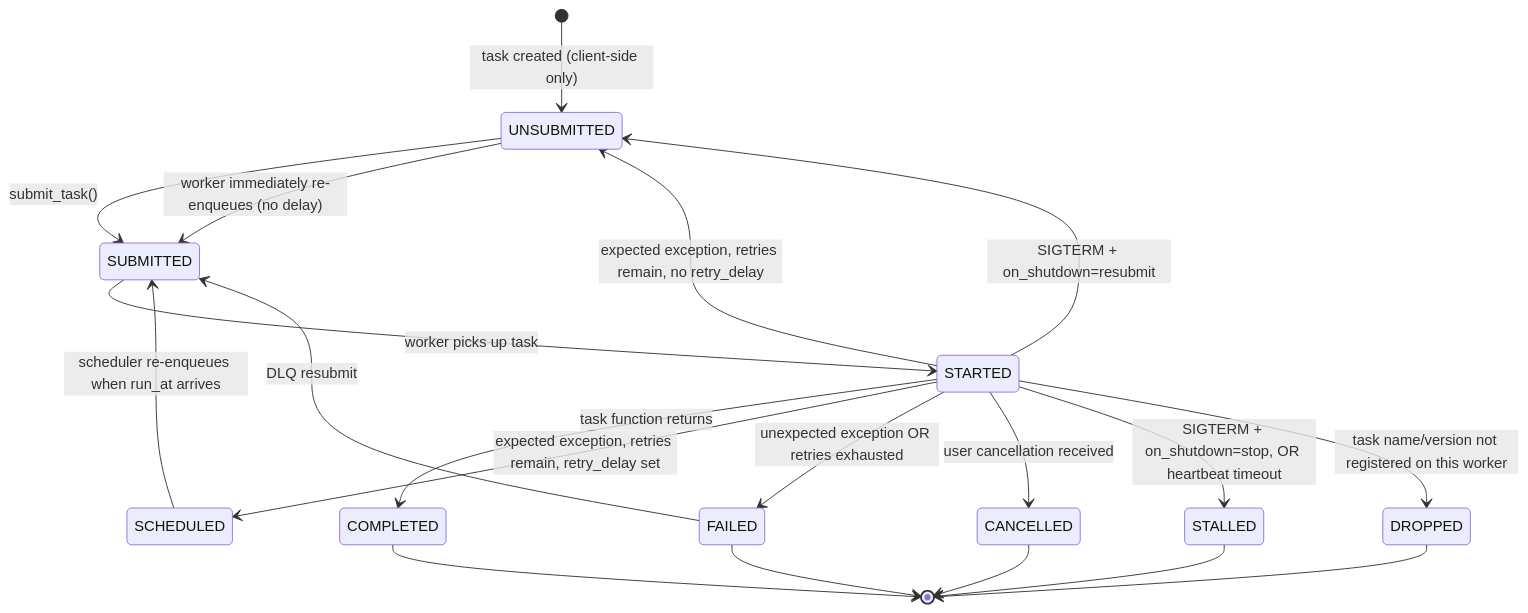
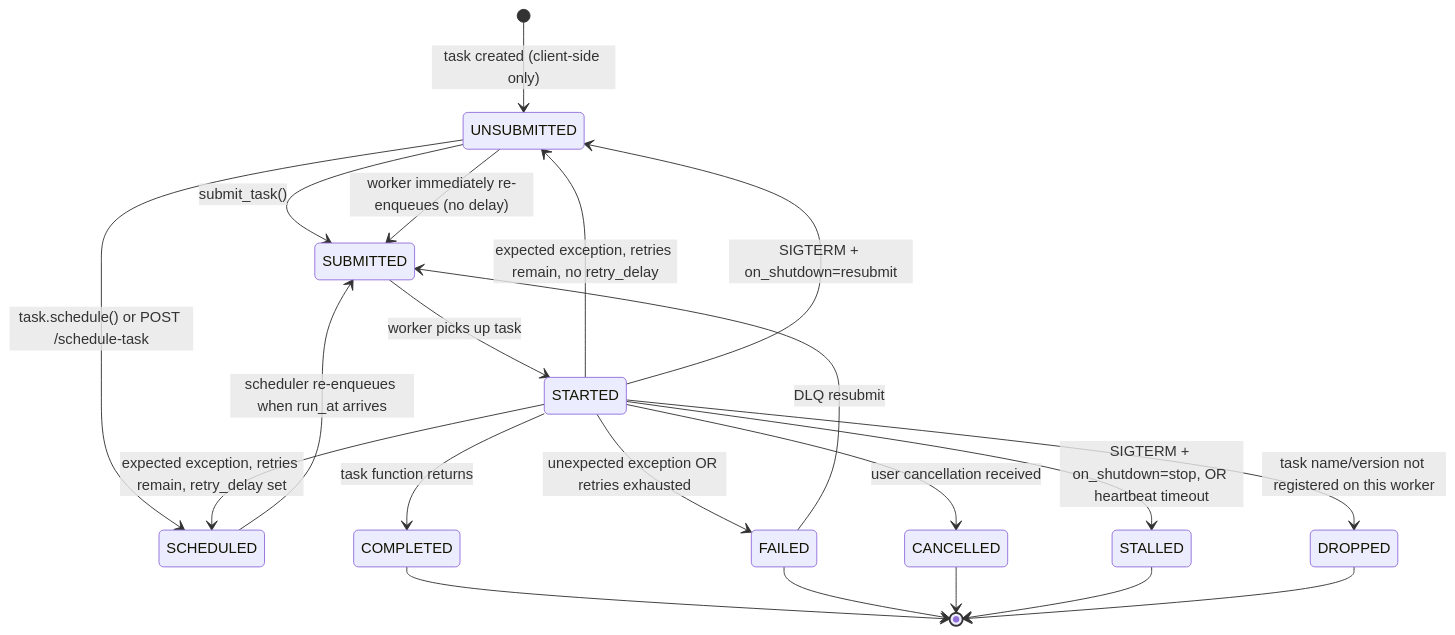
Before and after one commit to yoshrote/jobbers: the diagram in docs/task-lifecycle.md, drawn with Mermaid. The commit also changed other lines of this file and 1 other file, not shown here.

Commit message:
fixed state diagram for scheduled tasks

````diff
--- a/docs/task-lifecycle.md
+++ b/docs/task-lifecycle.md
@@ -5,22 +5,23 @@
 ```mermaid
 stateDiagram-v2
     [*] --> UNSUBMITTED : task created (client-side only)
     UNSUBMITTED --> SUBMITTED : submit_task()
+    UNSUBMITTED --> SCHEDULED : task.schedule() or POST /schedule-task
     SUBMITTED --> STARTED : worker picks up task
     STARTED --> COMPLETED : task function returns
     STARTED --> SCHEDULED : expected exception, retries remain, retry_delay set
     STARTED --> UNSUBMITTED : expected exception, retries remain, no retry_delay
     STARTED --> FAILED : unexpected exception OR retries exhausted
     STARTED --> CANCELLED : user cancellation received
     STARTED --> STALLED : SIGTERM + on_shutdown=stop, OR heartbeat timeout
     STARTED --> DROPPED : task name/version not registered on this worker
     STARTED --> UNSUBMITTED : SIGTERM + on_shutdown=resubmit
     SCHEDULED --> SUBMITTED : scheduler re-enqueues when run_at arrives
     UNSUBMITTED --> SUBMITTED : worker immediately re-enqueues (no delay)
     FAILED --> SUBMITTED : DLQ resubmit
     COMPLETED --> [*]
     FAILED --> [*]
     CANCELLED --> [*]
     STALLED --> [*]
     DROPPED --> [*]
 ```
````
